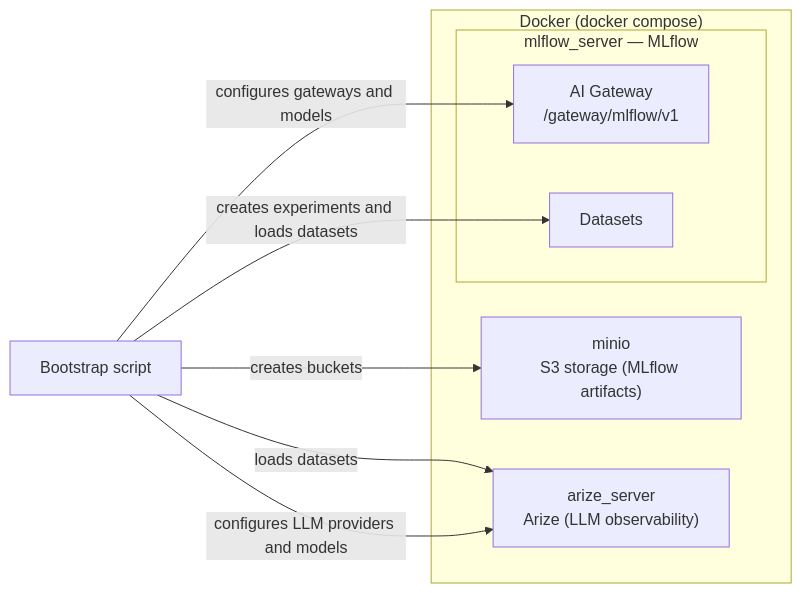
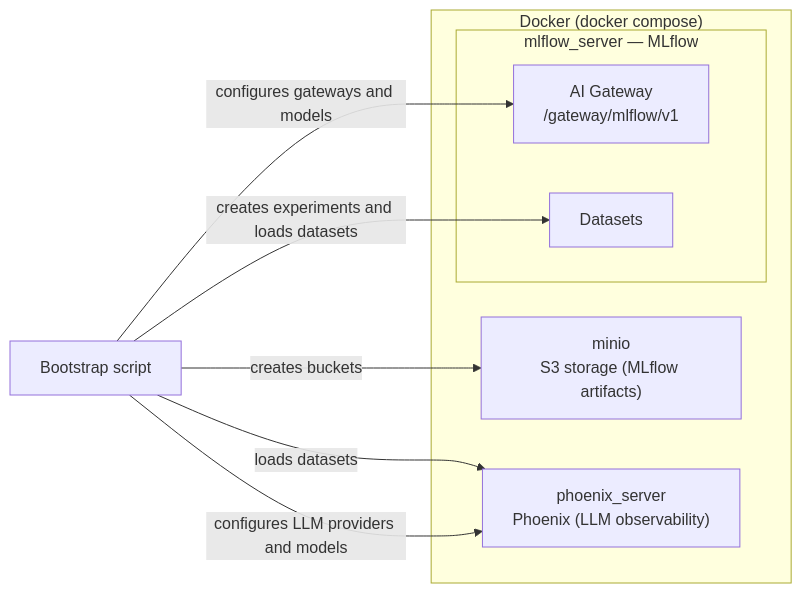
The second of 5 diagrams in documentation/design.md (codiply/tech-market-researcher), drawn with Mermaid before and after one commit. The commit also changed other lines of this file and 32 other files, not shown here.

First line of the commit message:
Rename Arize to Phoenix and move storage to .storage

````diff
--- a/documentation/design.md
+++ b/documentation/design.md
@@ -78,19 +78,19 @@
 ```mermaid
 flowchart LR
     bs["Bootstrap script"]
 
     subgraph docker["Docker (docker compose)"]
         subgraph mlflow_box["mlflow_server — MLflow"]
             gateway["AI Gateway<br/>/gateway/mlflow/v1"]
             datasets["Datasets"]
         end
         minio["minio<br/>S3 storage (MLflow artifacts)"]
-        arize_server["arize_server<br/>Arize (LLM observability)"]
+        phoenix_server["phoenix_server<br/>Phoenix (LLM observability)"]
     end
 
     bs -->|creates buckets| minio
     bs -->|configures gateways and models| gateway
     bs -->|creates experiments and loads datasets| datasets
-    bs -->|loads datasets| arize_server
-    bs -->|configures LLM providers and models| arize_server
+    bs -->|loads datasets| phoenix_server
+    bs -->|configures LLM providers and models| phoenix_server
 ```
````
